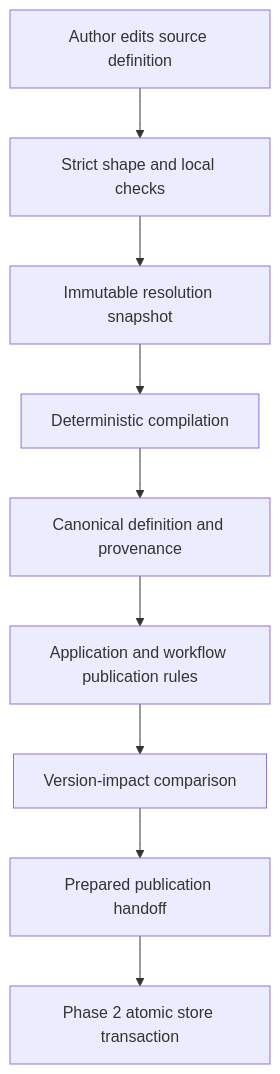
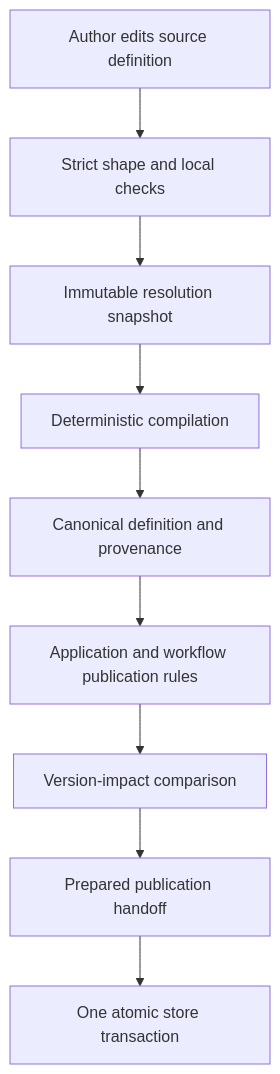
The sixth of 7 diagrams in docs/specification/03-composition-and-publication.md (Abzum-NZ/Abzum-Vortex), drawn with Mermaid before and after one commit. The commit also changed other lines of this file and 50 other files, not shown here.

````diff
--- a/docs/specification/03-composition-and-publication.md
+++ b/docs/specification/03-composition-and-publication.md
@@ -196,11 +185,11 @@
 ```mermaid
 flowchart TD
     A[Author edits source definition] --> B[Strict shape and local checks]
     B --> C[Immutable resolution snapshot]
     C --> D[Deterministic compilation]
     D --> E[Canonical definition and provenance]
     E --> F[Application and workflow publication rules]
     F --> G[Version-impact comparison]
     G --> H[Prepared publication handoff]
-    H --> I[Phase 2 atomic store transaction]
+    H --> I[One atomic store transaction]
 ```
````
